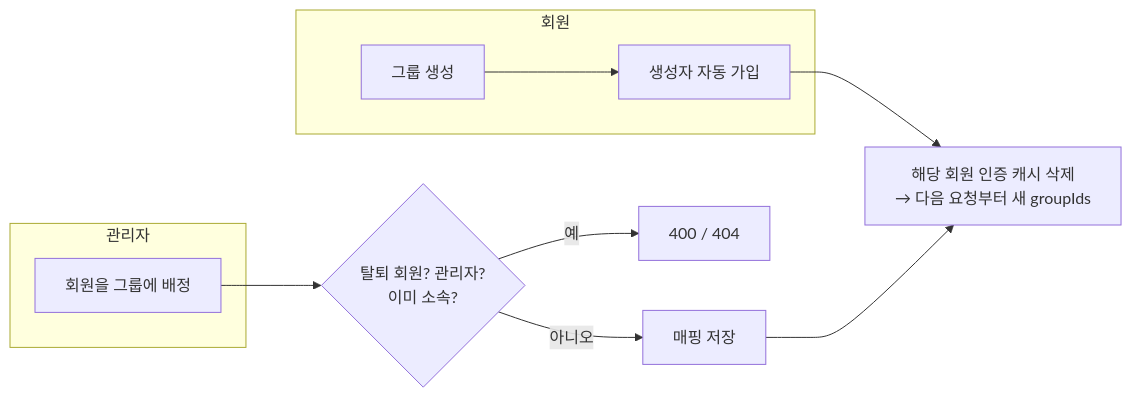
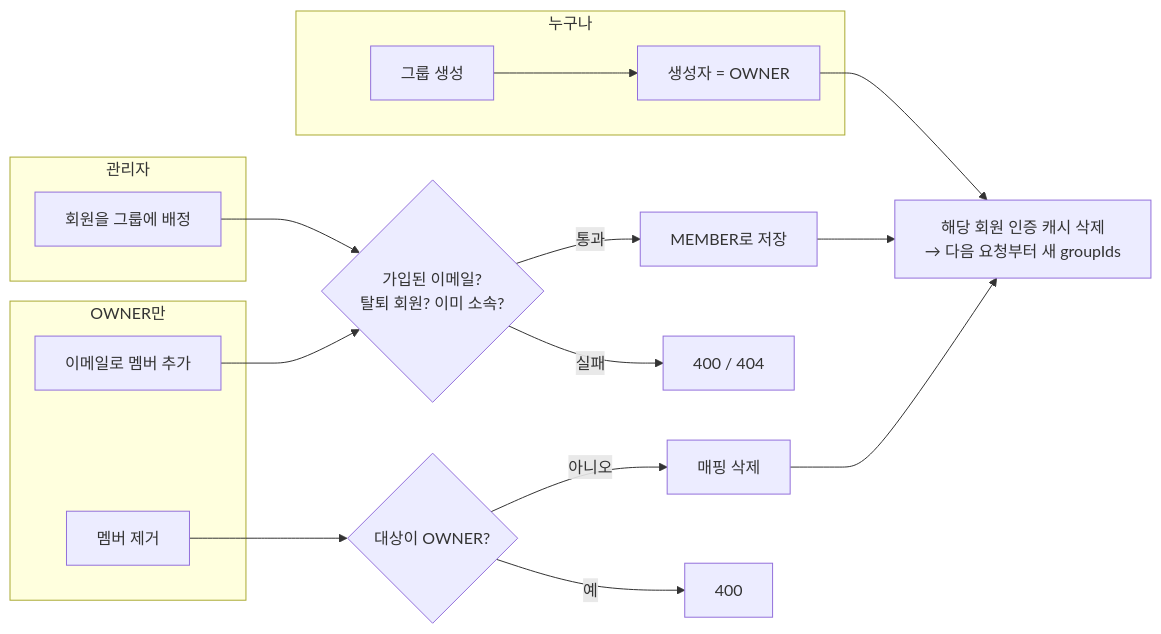
Before and after one commit to well0924/rag_wiki_project_backend: the fifth of 7 diagrams in docs/business-logic.md, drawn with Mermaid. The commit also changed other lines of this file and 19 other files, not shown here.

````diff
--- a/docs/business-logic.md
+++ b/docs/business-logic.md
@@ -173,13 +183,21 @@
 ```mermaid
 flowchart LR
-    subgraph 회원
-        C["그룹 생성"] --> J["생성자 자동 가입"]
+    subgraph 누구나
+        C["그룹 생성"] --> O["생성자 = OWNER"]
+    end
+    subgraph "OWNER만"
+        ADD["이메일로 멤버 추가"]
+        RM["멤버 제거"]
     end
     subgraph 관리자
         AS["회원을 그룹에 배정"]
     end
-    J --> INV["해당 회원 인증 캐시 삭제<br/>→ 다음 요청부터 새 groupIds"]
-    AS --> CHK{"탈퇴 회원? 관리자?<br/>이미 소속?"}
-    CHK -->|아니오| SAVE["매핑 저장"] --> INV
-    CHK -->|예| ERR["400 / 404"]
+    O --> INV["해당 회원 인증 캐시 삭제<br/>→ 다음 요청부터 새 groupIds"]
+    ADD --> CHK{"가입된 이메일?<br/>탈퇴 회원? 이미 소속?"}
+    AS --> CHK
+    CHK -->|통과| SAVE["MEMBER로 저장"] --> INV
+    CHK -->|실패| ERR["400 / 404"]
+    RM --> OWN{"대상이 OWNER?"}
+    OWN -->|아니오| DEL["매핑 삭제"] --> INV
+    OWN -->|예| ERR2["400"]
 ```
````
